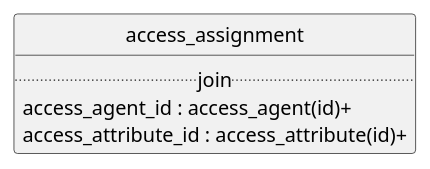
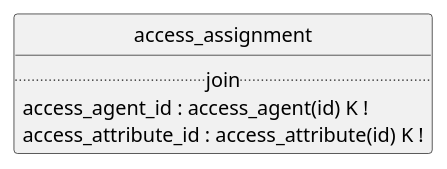
Before and after one commit to contactopensource/contactopensource: the diagram in api/access_assignment/uml.plantuml, drawn with PlantUML. The commit also changed 111 other files, not shown here.

```diff
--- a/api/access_assignment/uml.plantuml
+++ b/api/access_assignment/uml.plantuml
@@ -1,12 +1,12 @@
 @startuml uml
 skinparam monochrome true
 skinparam linetype ortho
 hide circle
 
 entity access_assignment {
   .. join ..
-  access_agent_id : access_agent(id)+
-  access_attribute_id : access_attribute(id)+
+  access_agent_id : access_agent(id) K !
+  access_attribute_id : access_attribute(id) K !
 }
 
 @enduml
```
